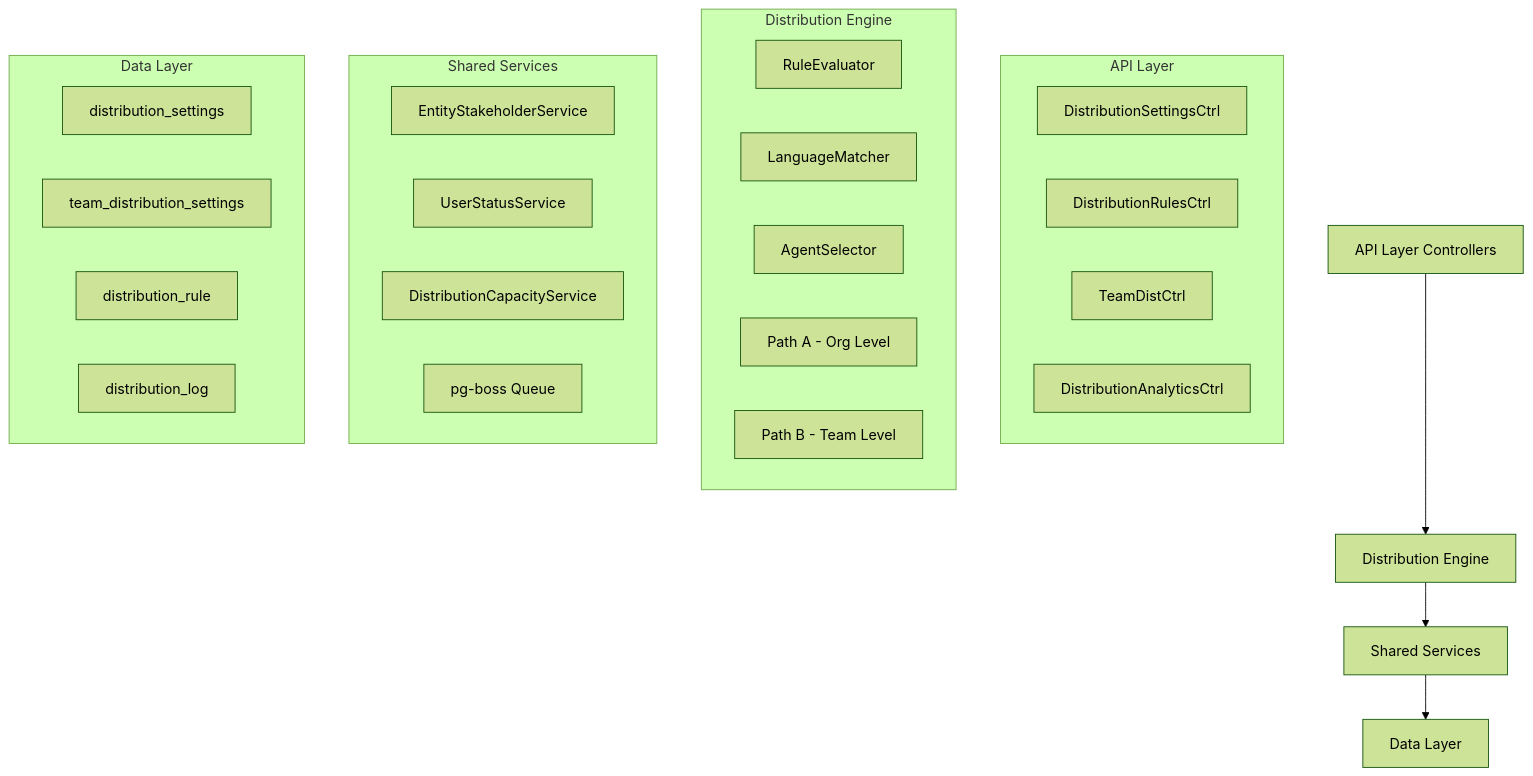
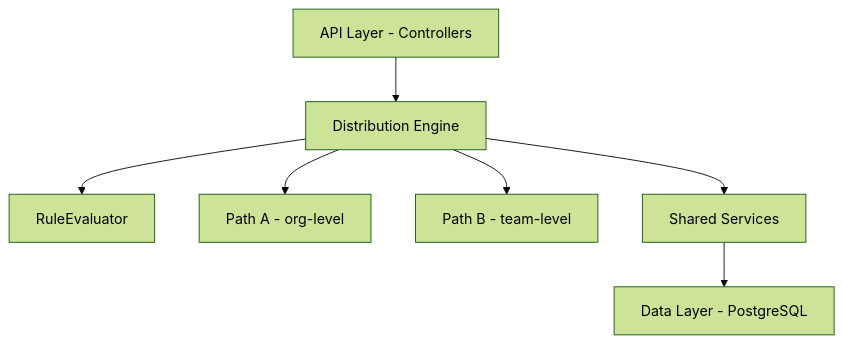
Before and after one commit to tech-propwise-org/docs: the first of 2 diagrams in backend/crm/distribution-module-specification-v2.mdx, drawn with Mermaid (forest theme). The commit also changed other lines of this file and 71 other files, not shown here.

````diff
--- a/backend/crm/distribution-module-specification-v2.mdx
+++ b/backend/crm/distribution-module-specification-v2.mdx
@@ -56,35 +72,9 @@
 ```mermaid
 graph TB
-    A[API Layer Controllers] --> B[Distribution Engine]
-    B --> C[Shared Services]
-    C --> D[Data Layer]
-    
-    subgraph API [API Layer]
-        A1[DistributionSettingsCtrl]
-        A2[DistributionRulesCtrl]
-        A3[TeamDistCtrl]
-        A4[DistributionAnalyticsCtrl]
-    end
-    
-    subgraph Engine [Distribution Engine]
-        B1[RuleEvaluator]
-        B2[LanguageMatcher]
-        B3[AgentSelector]
-        B4[Path A - Org Level]
-        B5[Path B - Team Level]
-    end
-    
-    subgraph Services [Shared Services]
-        C1[EntityStakeholderService]
-        C2[UserStatusService]
-        C3[DistributionCapacityService]
-        C4[pg-boss Queue]
-    end
-    
-    subgraph Data [Data Layer]
-        D1[distribution_settings]
-        D2[team_distribution_settings]
-        D3[distribution_rule]
-        D4[distribution_log]
-    end
+    API[API Layer - Controllers] --> Engine[Distribution Engine]
+    Engine --> RuleEval[RuleEvaluator]
+    Engine --> PathA[Path A - org-level]
+    Engine --> PathB[Path B - team-level]
+    Engine --> Services[Shared Services]
+    Services --> Data[Data Layer - PostgreSQL]
 ```
````
